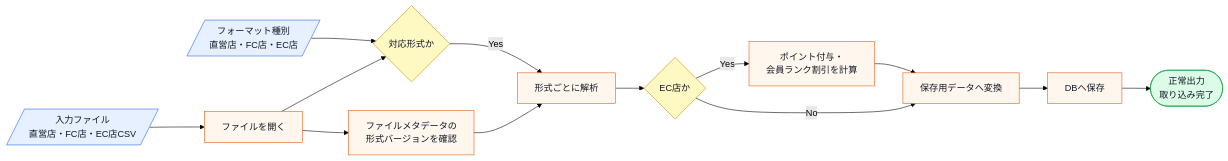
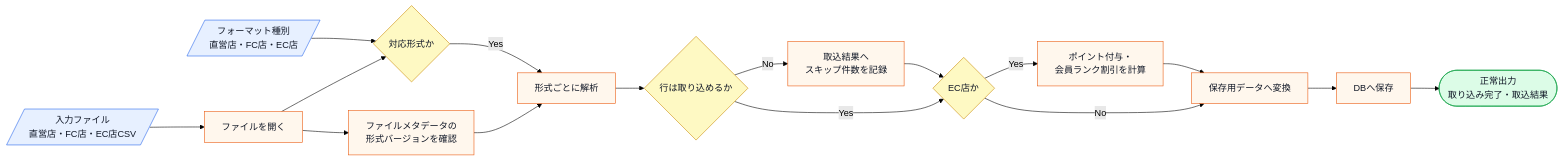
One commit to kumachan1101-pixel/DesignPattern changed the third of 9 diagrams in kindle/design-patterns/output/chapter04.md. Above: the diagram before and after it, drawn with Mermaid (forest theme). The commit also changed other lines of this file and 1 other file, not shown here.

````diff
--- a/kindle/design-patterns/output/chapter04.md
+++ b/kindle/design-patterns/output/chapter04.md
@@ -491,20 +505,23 @@
 ```mermaid
 flowchart LR
     A[/入力ファイル<br>直営店・FC店・EC店CSV/]:::input --> E[ファイルを開く]:::process
     C[/フォーマット種別<br>直営店・FC店・EC店/]:::input --> D{対応形式か}:::decision
     E --> D
     E --> V[ファイルメタデータの<br>形式バージョンを確認]:::process
     D -->|Yes| F[形式ごとに解析]:::process
     V --> F
-    F --> Q{EC店か}:::decision
+    F --> R{行は取り込めるか}:::decision
+    R -->|No| L[取込結果へ<br>スキップ件数を記録]:::process
+    L --> Q
+    R -->|Yes| Q{EC店か}:::decision
     Q -->|Yes| P[ポイント付与・<br>会員ランク割引を計算]:::process
     P --> G[保存用データへ変換]:::process
     Q -->|No| G
     G --> S[DBへ保存]:::process
-    S --> H([正常出力<br>取り込み完了]):::normal
+    S --> H([正常出力<br>取り込み完了・取込結果]):::normal
 
     classDef input fill:#e7f0ff,stroke:#2563eb,color:#111827;
     classDef process fill:#fff7ed,stroke:#ea580c,color:#111827;
     classDef decision fill:#fef9c3,stroke:#ca8a04,color:#111827;
     classDef normal fill:#dcfce7,stroke:#16a34a,color:#111827;
 ```
````
